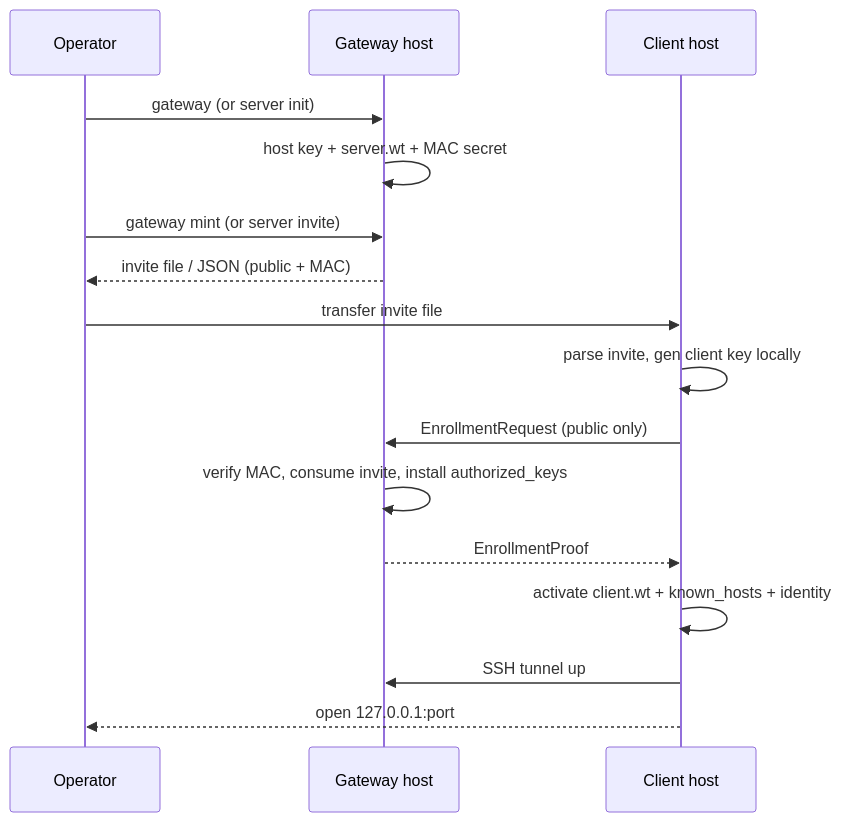
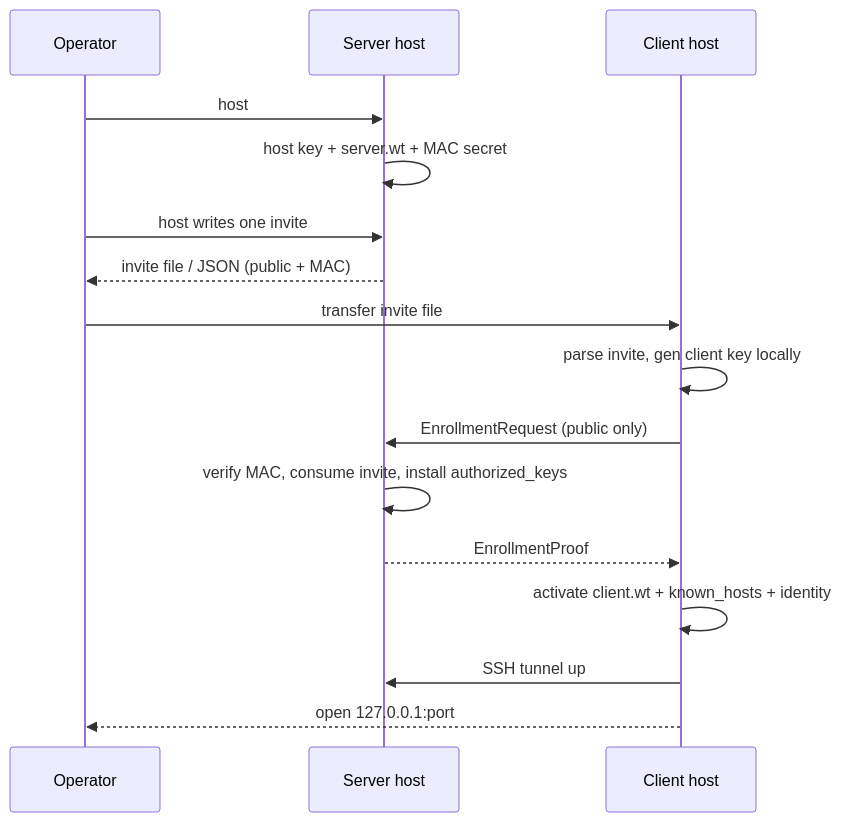
The first of 2 diagrams in docs/2026-08-14_reviewer-catchup-cli-invites-architecture.md (warptweet/warptweet), drawn with Mermaid before and after one commit. The commit also changed other lines of this file and 88 other files, not shown here.

````diff
--- a/docs/2026-08-14_reviewer-catchup-cli-invites-architecture.md
+++ b/docs/2026-08-14_reviewer-catchup-cli-invites-architecture.md
@@ -183,19 +183,19 @@
 ```mermaid
 sequenceDiagram
   participant Op as Operator
-  participant S as Gateway host
+  participant S as Server host
   participant C as Client host
 
-  Op->>S: gateway (or server init)
+  Op->>S: host
   S->>S: host key + server.wt + MAC secret
-  Op->>S: gateway mint (or server invite)
+  Op->>S: host writes one invite
   S-->>Op: invite file / JSON (public + MAC)
   Op->>C: transfer invite file
   C->>C: parse invite, gen client key locally
   C->>S: EnrollmentRequest (public only)
   S->>S: verify MAC, consume invite, install authorized_keys
   S-->>C: EnrollmentProof
   C->>C: activate client.wt + known_hosts + identity
   C->>S: SSH tunnel up
   C-->>Op: open 127.0.0.1:port
 ```
````
